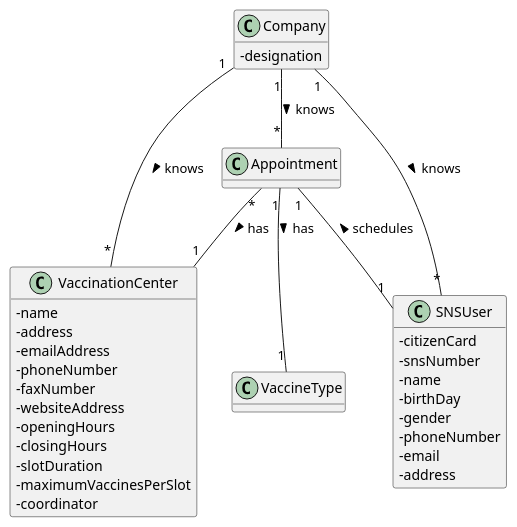
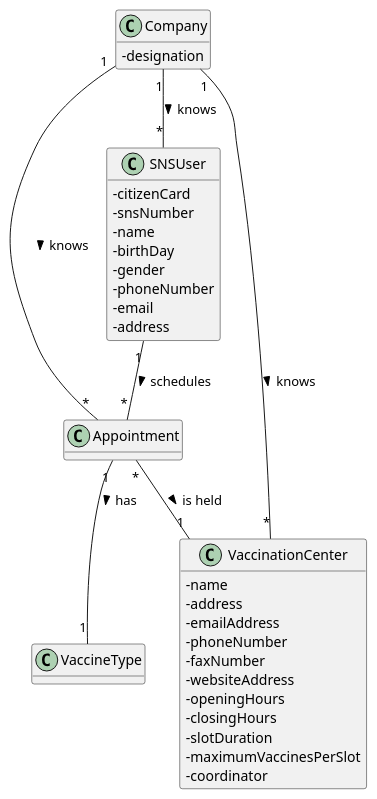
One commit to miseEnPlace-i/lapr2 changed the diagram in docs/SprintC/US01/DM/US01_DM.puml. Above: the diagram before and after it, drawn with PlantUML.

Commit message:
docs(us-01): updated dm

```diff
--- a/docs/SprintC/US01/DM/US01_DM.puml
+++ b/docs/SprintC/US01/DM/US01_DM.puml
@@ -1,45 +1,45 @@
 @startuml US01_DM
 hide methods
 skinparam classAttributeIconSize 0
 
 class Appointment {}
 
 class VaccineType {}
 
 class SNSUser {
   -citizenCard
   -snsNumber
   -name
   -birthDay
   -gender
   -phoneNumber
   -email
   -address
 }
 
 class VaccinationCenter{
   -name
   -address
   -emailAddress
   -phoneNumber
   -faxNumber
   -websiteAddress
   -openingHours  
   -closingHours
   -slotDuration
   -maximumVaccinesPerSlot
   -coordinator
 }
 
 class Company {
   -designation
 }
 
 Company "1" -- "*" Appointment : knows >
 Appointment "1"  -- "1" VaccineType : has >
-Appointment "*" -- "1" VaccinationCenter : has >
+Appointment "*" -- "1" VaccinationCenter : is held >
 Company "1" -- "*" VaccinationCenter : knows >
-Appointment "1" -- "1" SNSUser : schedules <
+SNSUser "1" -- "*" Appointment : schedules >
 Company "1" -- "*" SNSUser : knows >
 
 @enduml
```
